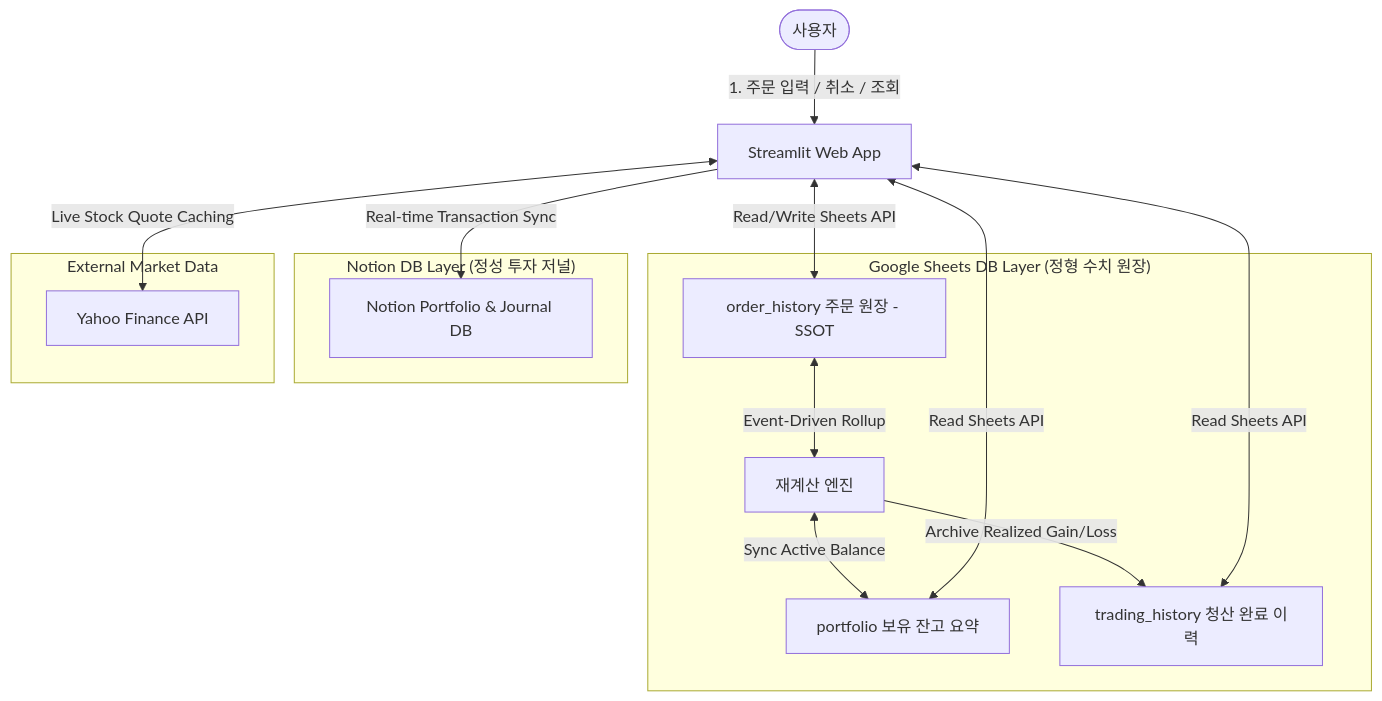
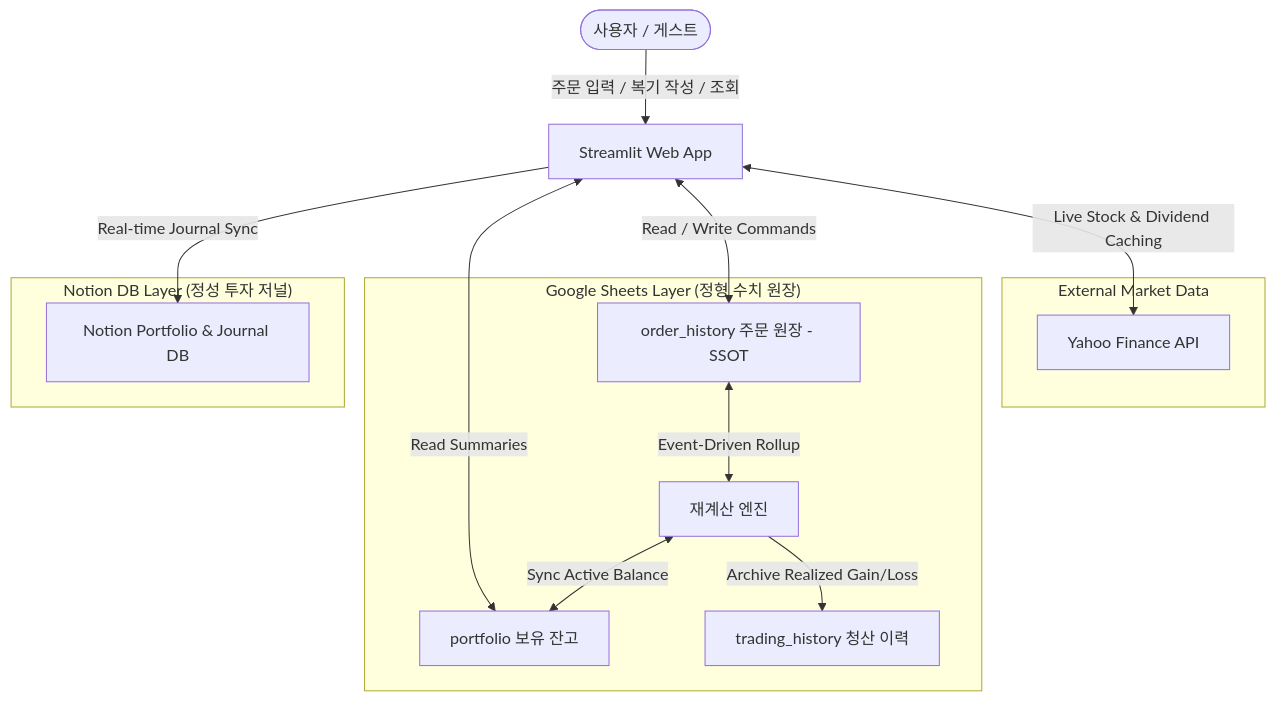
The diagram in README.md (lazqu/fn-web), drawn with Mermaid before and after one commit. The commit also changed other lines of this file and 3 other files, not shown here.

````diff
--- a/README.md
+++ b/README.md
@@ -32,24 +74,23 @@
 ```mermaid
 graph TD
-    User([사용자]) -->|1. 주문 입력 / 취소 / 조회| WebApp[Streamlit Web App]
-    
-    subgraph "Google Sheets DB Layer (정형 수치 원장)"
+    User([사용자 / 게스트]) -->|주문 입력 / 복기 작성 / 조회| WebApp[Streamlit Web App]
+
+    subgraph "External Market Data"
+        YFinance[Yahoo Finance API]
+    end
+
+    subgraph "Google Sheets Layer (정형 수치 원장)"
         OrderHistory[order_history 주문 원장 - SSOT] <-->|Event-Driven Rollup| Recalc[재계산 엔진]
-        Recalc <-->|Sync Active Balance| Portfolio[portfolio 보유 잔고 요약]
-        Recalc -->|Archive Realized Gain/Loss| TradingHistory[trading_history 청산 완료 이력]
+        Recalc <-->|Sync Active Balance| Portfolio[portfolio 보유 잔고]
+        Recalc -->|Archive Realized Gain/Loss| TradingHistory[trading_history 청산 이력]
     end
 
     subgraph "Notion DB Layer (정성 투자 저널)"
         NotionJournal[Notion Portfolio & Journal DB]
     end
 
-    subgraph "External Market Data"
-        YFinance[Yahoo Finance API]
-    end
-
-    WebApp <-->|Read/Write Sheets API| OrderHistory
-    WebApp <-->|Read Sheets API| Portfolio
-    WebApp <-->|Read Sheets API| TradingHistory
-    WebApp -->|Real-time Transaction Sync| NotionJournal
-    WebApp <-->|Live Stock Quote Caching| YFinance
+    WebApp <-->|Live Stock & Dividend Caching| YFinance
+    WebApp <-->|Read / Write Commands| OrderHistory
+    WebApp <-->|Read Summaries| Portfolio
+    WebApp -->|Real-time Journal Sync| NotionJournal
 ```
````
